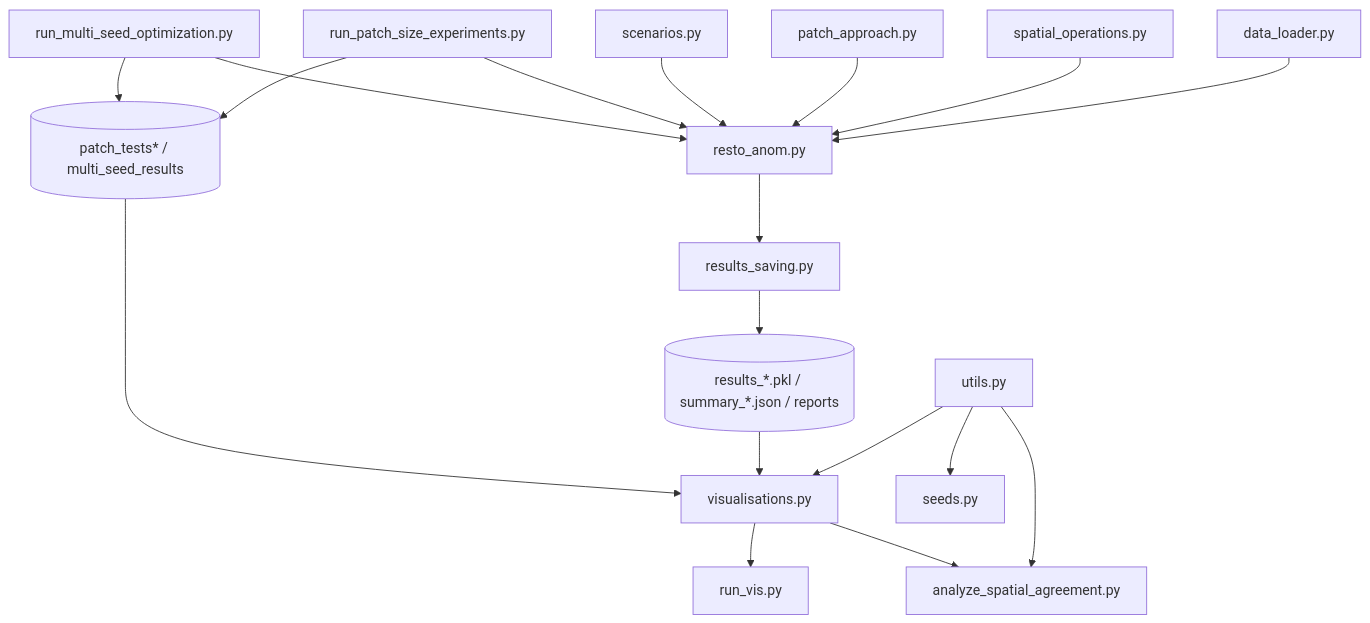
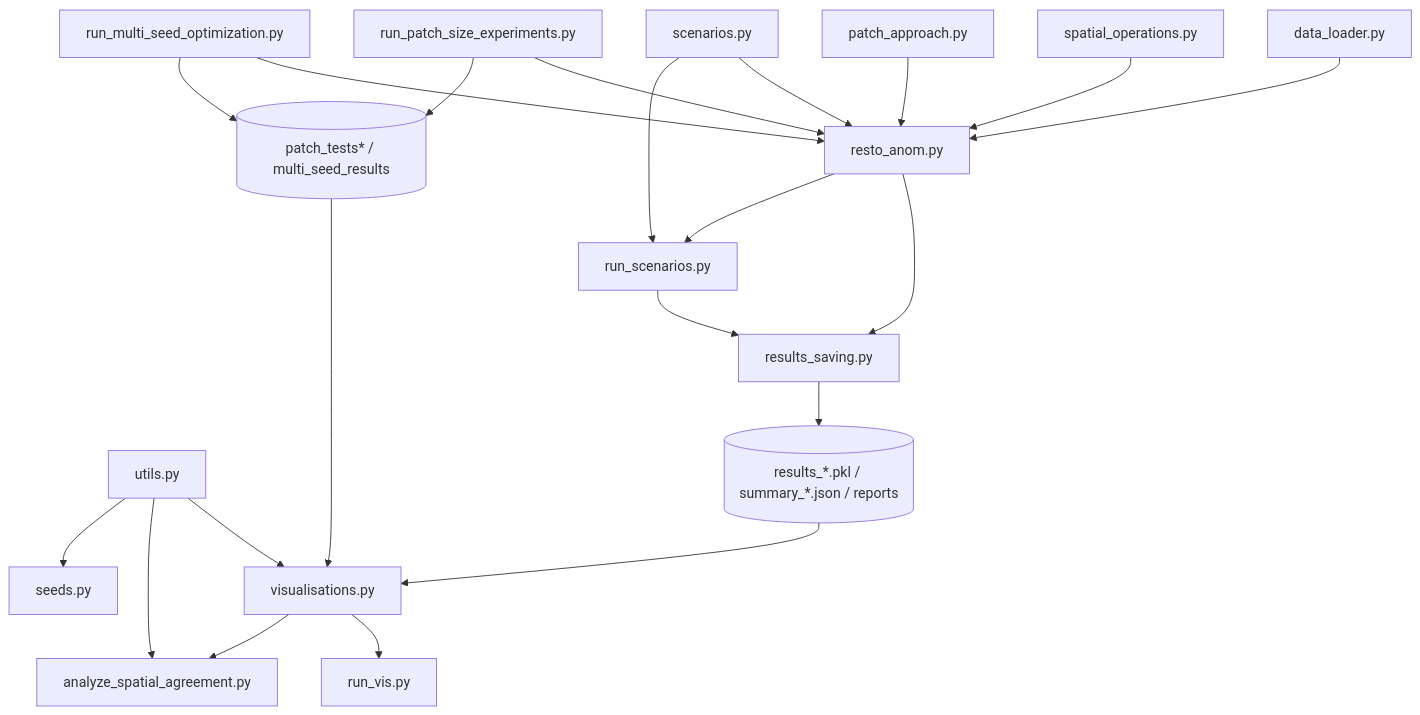
The diagram in DEVELOPMENT_TRACKER.md (isabelntho/rest_prio), drawn with Mermaid before and after one commit. The commit also changed other lines of this file and 7 other files, not shown here.

```diff
--- a/DEVELOPMENT_TRACKER.md
+++ b/DEVELOPMENT_TRACKER.md
@@ -7,41 +7,45 @@
 <pre class="mermaid">
 flowchart TD
     DL[data_loader.py]
     SP[spatial_operations.py]
     PA[patch_approach.py]
     SC[scenarios.py]
     RS[results_saving.py]
     RA[resto_anom.py]
+    RNS[run_scenarios.py]
     UT[utils.py]
 
     RPE[run_patch_size_experiments.py]
     RMS[run_multi_seed_optimization.py]
 
     VIS[visualisations.py]
     RV[run_vis.py]
     ASA[analyze_spatial_agreement.py]
     SD[seeds.py]
 
     OUT[(results_*.pkl / summary_*.json / reports)]
     POUT[(patch_tests* / multi_seed_results)]
 
     DL --> RA
     SP --> RA
     PA --> RA
     SC --> RA
+    SC --> RNS
     RA --> RS
+    RA --> RNS
+    RNS --> RS
     RS --> OUT
 
     RPE --> RA
     RMS --> RA
     RPE --> POUT
     RMS --> POUT
 
     UT --> VIS
     UT --> ASA
     UT --> SD
     OUT --> VIS
     POUT --> VIS
     VIS --> RV
     VIS --> ASA
 </pre>
```
